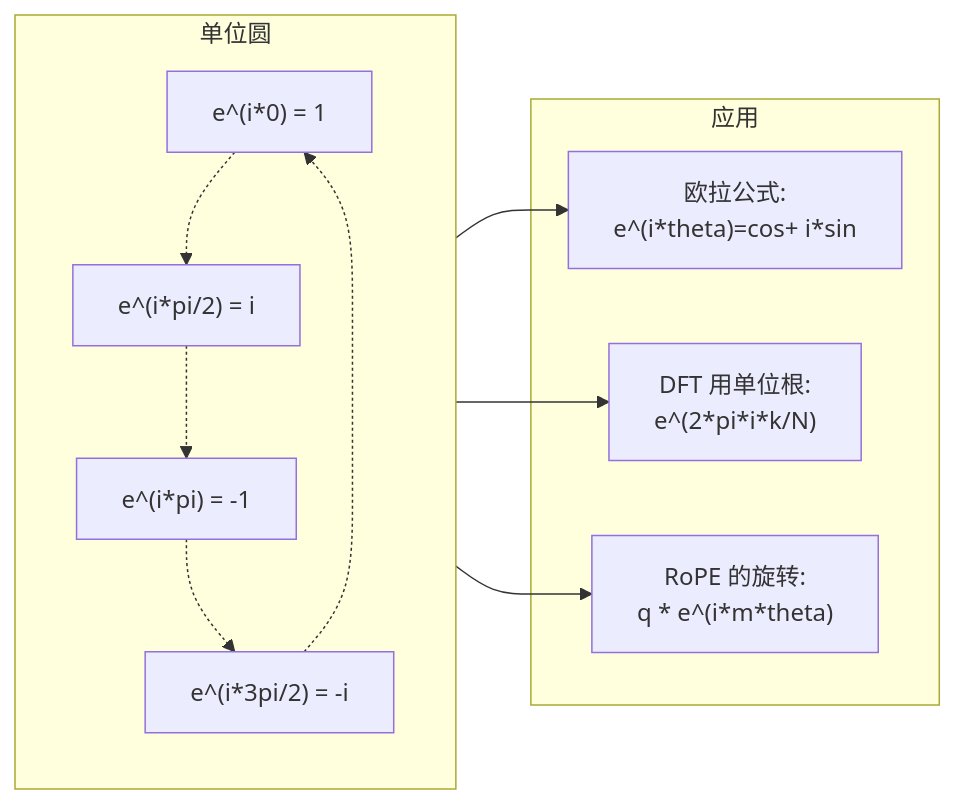
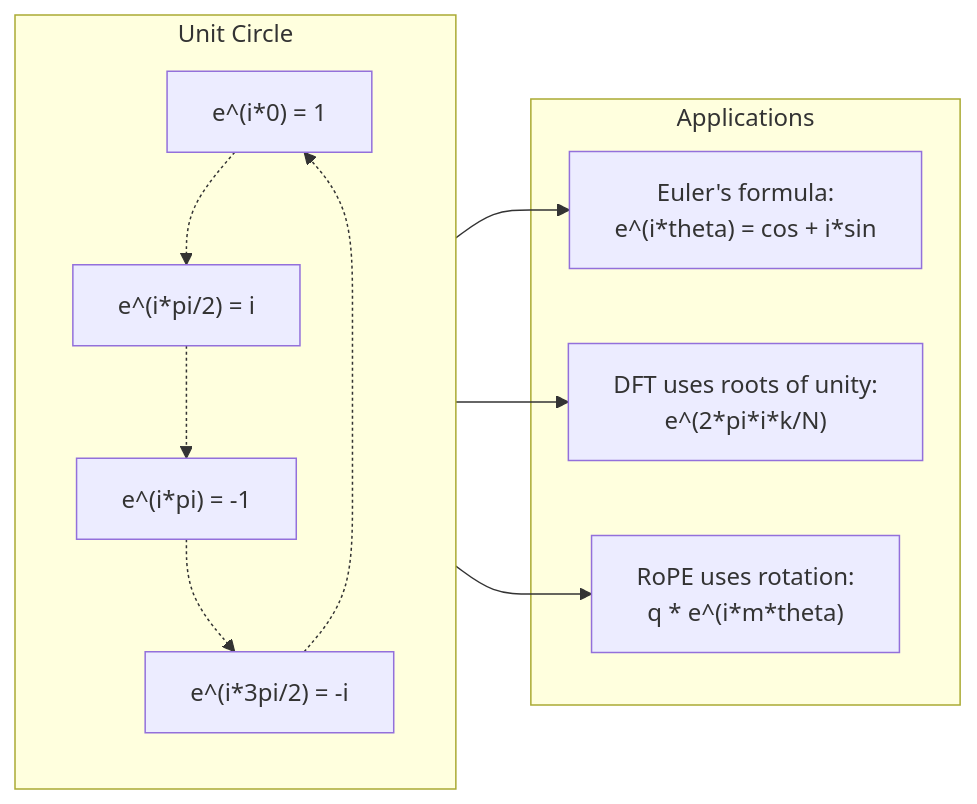
One commit to omigaZen/ai-engineering-from-scratch changed the second of 2 diagrams in phases/01-math-foundations/19-complex-numbers/docs/zh.md. Above: the diagram before and after it, drawn with Mermaid. The commit also changed other lines of this file and 32 other files, not shown here.

````diff
--- a/phases/01-math-foundations/19-complex-numbers/docs/zh.md
+++ b/phases/01-math-foundations/19-complex-numbers/docs/zh.md
@@ -250,18 +251,18 @@
 ```mermaid
 graph LR
-    subgraph "单位圆"
+    subgraph "Unit Circle"
         direction TB
         U1["e^(i*0) = 1"] -.-> U2["e^(i*pi/2) = i"]
         U2 -.-> U3["e^(i*pi) = -1"]
         U3 -.-> U4["e^(i*3pi/2) = -i"]
         U4 -.-> U1
     end
-    subgraph "应用"
-        A1["欧拉公式:<br/>e^(i*theta)=cos+ i*sin"]
-        A2["DFT 用单位根:<br/>e^(2*pi*i*k/N)"]
-        A3["RoPE 的旋转:<br/>q * e^(i*m*theta)"]
+    subgraph "Applications"
+        A1["Euler's formula:<br/>e^(i*theta) = cos + i*sin"]
+        A2["DFT uses roots of unity:<br/>e^(2*pi*i*k/N)"]
+        A3["RoPE uses rotation:<br/>q * e^(i*m*theta)"]
     end
     U1 --> A1
     U1 --> A2
     U1 --> A3
 ```
````
